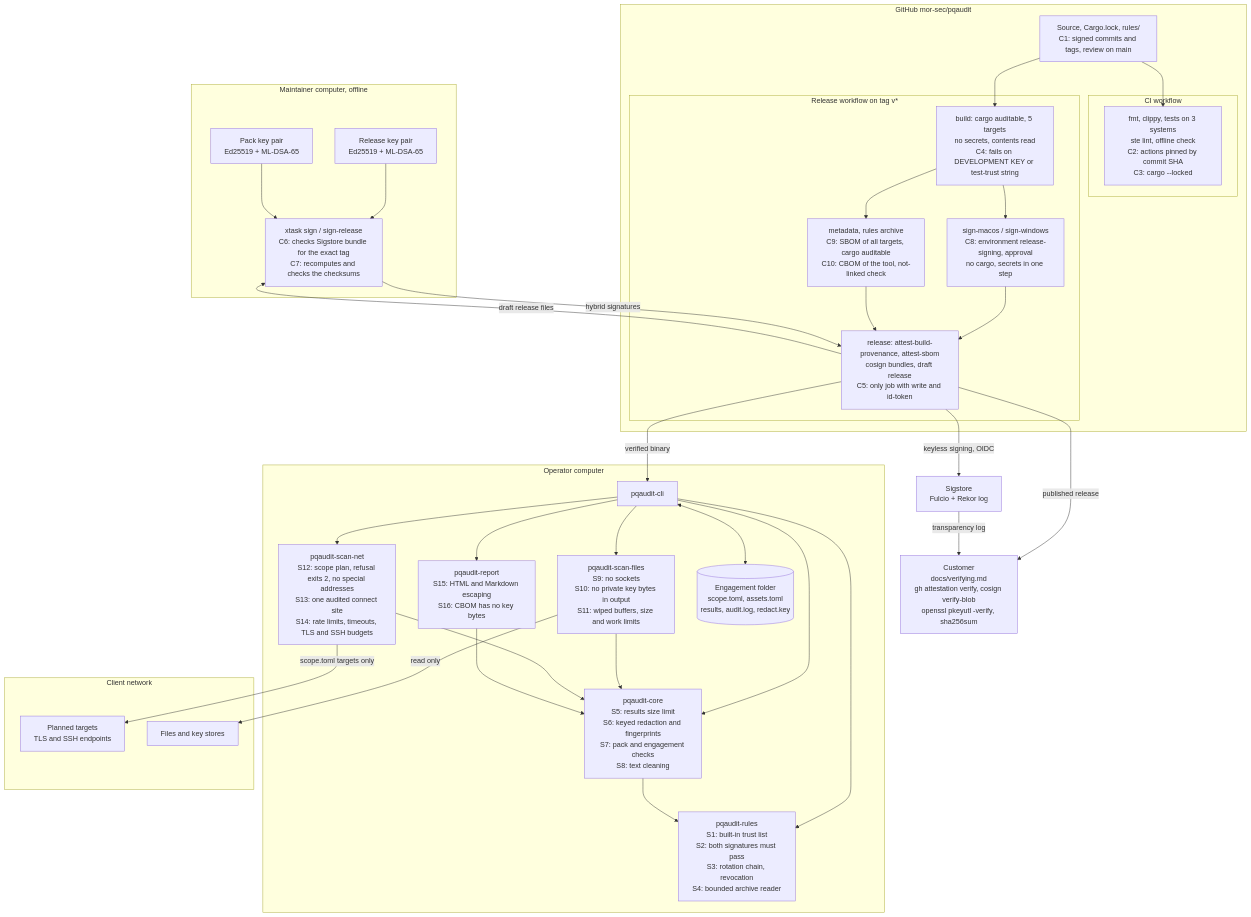
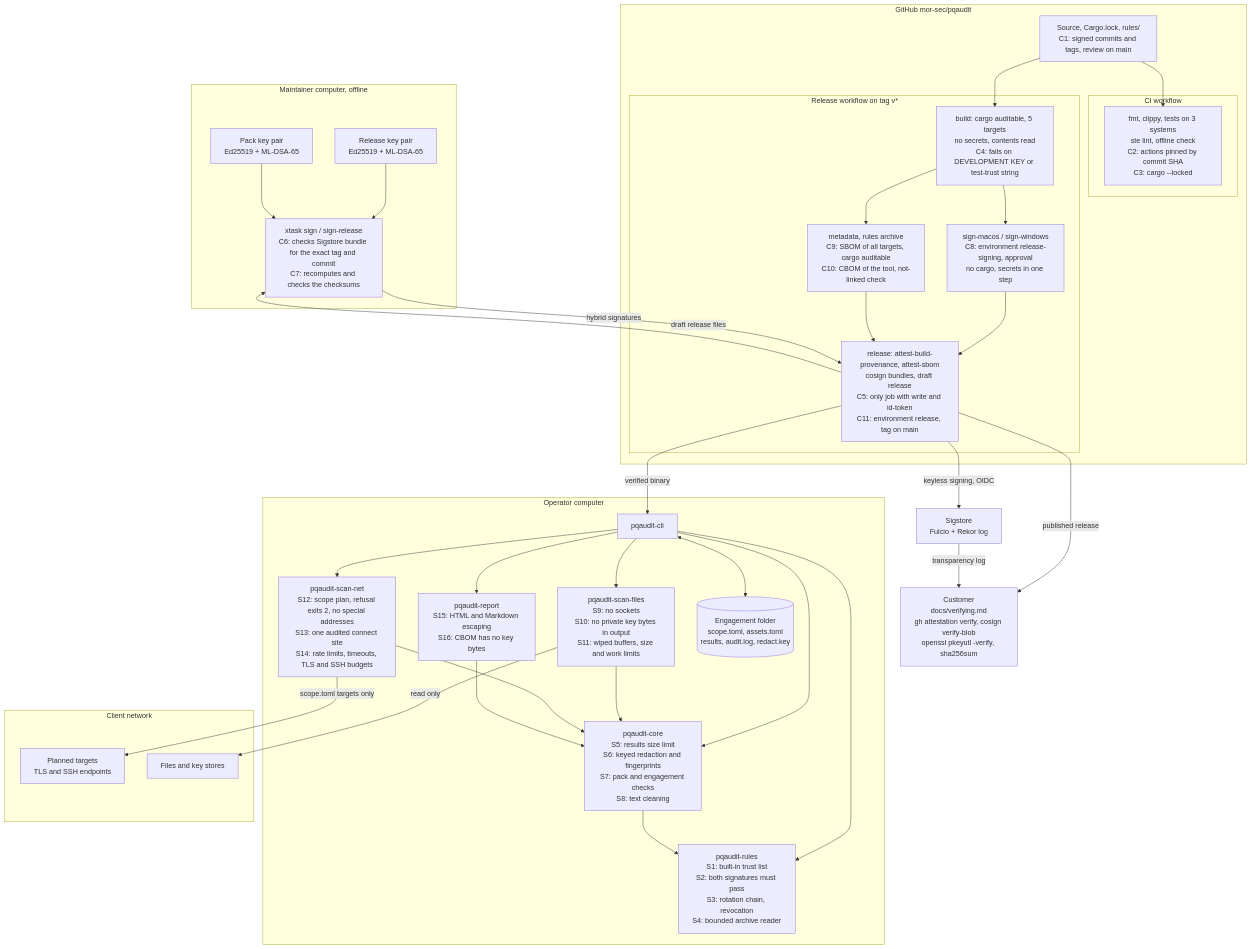
The diagram in docs/architecture.md (mor-sec/pqaudit), drawn with Mermaid before and after one commit. The commit also changed other lines of this file and 8 other files, not shown here.

First line of the commit message:
Bind release signing to the tag commit and the main branch

````diff
--- a/docs/architecture.md
+++ b/docs/architecture.md
@@ -44,67 +44,67 @@
 ```mermaid
 flowchart TB
     subgraph MAINT["Maintainer computer, offline"]
         PK["Pack key pair<br/>Ed25519 + ML-DSA-65"]
         RK["Release key pair<br/>Ed25519 + ML-DSA-65"]
-        SIGN["xtask sign / sign-release<br/>C6: checks Sigstore bundle for the exact tag<br/>C7: recomputes and checks the checksums"]
+        SIGN["xtask sign / sign-release<br/>C6: checks Sigstore bundle for the exact tag and commit<br/>C7: recomputes and checks the checksums"]
     end
 
     subgraph GH["GitHub mor-sec/pqaudit"]
         SRC["Source, Cargo.lock, rules/<br/>C1: signed commits and tags, review on main"]
         subgraph CI["CI workflow"]
             CHK["fmt, clippy, tests on 3 systems<br/>ste lint, offline check<br/>C2: actions pinned by commit SHA<br/>C3: cargo --locked"]
         end
         subgraph REL["Release workflow on tag v*"]
             BUILD["build: cargo auditable, 5 targets<br/>no secrets, contents read<br/>C4: fails on DEVELOPMENT KEY or test-trust string"]
             SGN["sign-macos / sign-windows<br/>C8: environment release-signing, approval<br/>no cargo, secrets in one step"]
             META["metadata, rules archive<br/>C9: SBOM of all targets, cargo auditable<br/>C10: CBOM of the tool, not-linked check"]
-            PUB["release: attest-build-provenance, attest-sbom<br/>cosign bundles, draft release<br/>C5: only job with write and id-token"]
+            PUB["release: attest-build-provenance, attest-sbom<br/>cosign bundles, draft release<br/>C5: only job with write and id-token<br/>C11: environment release, tag on main"]
         end
     end
 
     SIG["Sigstore<br/>Fulcio + Rekor log"]
     USER["Customer<br/>docs/verifying.md<br/>gh attestation verify, cosign verify-blob<br/>openssl pkeyutl -verify, sha256sum"]
 
     subgraph OP["Operator computer"]
         CLI["pqaudit-cli"]
         RULES["pqaudit-rules<br/>S1: built-in trust list<br/>S2: both signatures must pass<br/>S3: rotation chain, revocation<br/>S4: bounded archive reader"]
         CORE["pqaudit-core<br/>S5: results size limit<br/>S6: keyed redaction and fingerprints<br/>S7: pack and engagement checks<br/>S8: text cleaning"]
         FILES["pqaudit-scan-files<br/>S9: no sockets<br/>S10: no private key bytes in output<br/>S11: wiped buffers, size and work limits"]
         NET["pqaudit-scan-net<br/>S12: scope plan, refusal exits 2, no special addresses<br/>S13: one audited connect site<br/>S14: rate limits, timeouts, TLS and SSH budgets"]
         REP["pqaudit-report<br/>S15: HTML and Markdown escaping<br/>S16: CBOM has no key bytes"]
         ENG[("Engagement folder<br/>scope.toml, assets.toml<br/>results, audit.log, redact.key")]
     end
 
     subgraph CLIENT["Client network"]
         TGT["Planned targets<br/>TLS and SSH endpoints"]
         DISK["Files and key stores"]
     end
 
     SRC --> CHK
     SRC --> BUILD
     BUILD --> SGN
     BUILD --> META
     SGN --> PUB
     META --> PUB
     PUB -- "keyless signing, OIDC" --> SIG
     PUB -- "draft release files" --> SIGN
     RK --> SIGN
     PK --> SIGN
     SIGN -- "hybrid signatures" --> PUB
     PUB -- "published release" --> USER
     SIG -- "transparency log" --> USER
     PUB -- "verified binary" --> CLI
 
     CLI --> RULES
     CLI --> FILES
     CLI --> NET
     CLI --> CORE
     CLI --> REP
     FILES --> CORE
     NET --> CORE
     REP --> CORE
     CORE --> RULES
     CLI <--> ENG
     FILES -- "read only" --> DISK
     NET -- "scope.toml targets only" --> TGT
 ```
````
